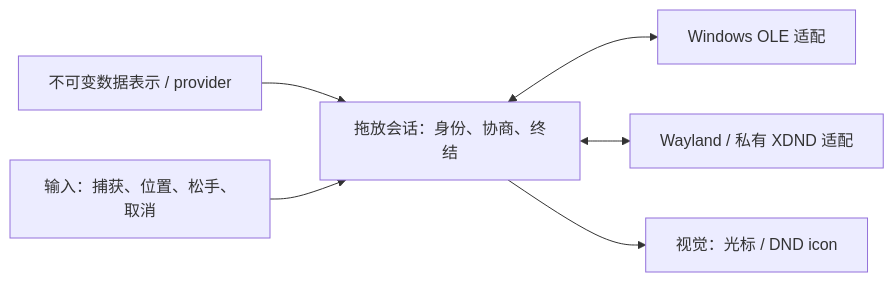
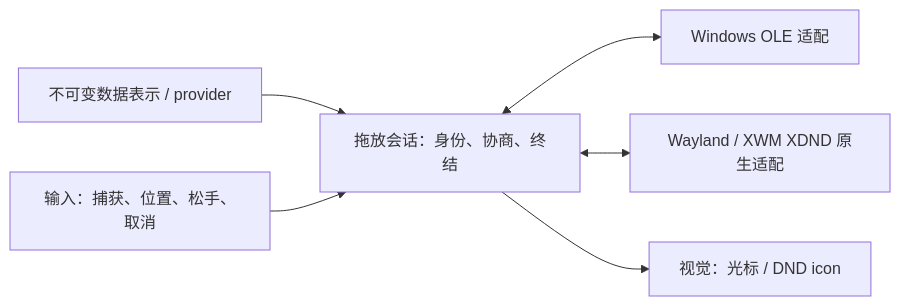
The diagram in docs/DRAG_AND_DROP.md (wanoful/waybridge), drawn with Mermaid before and after one commit. The commit also changed other lines of this file and 11 other files, not shown here.

````diff
--- a/docs/DRAG_AND_DROP.md
+++ b/docs/DRAG_AND_DROP.md
@@ -13,8 +13,8 @@
 ```mermaid
 flowchart LR
     P[不可变数据表示 / provider] --> S[拖放会话：身份、协商、终结]
     S <--> W[Windows OLE 适配]
-    S <--> L[Wayland / 私有 XDND 适配]
+    S <--> L[Wayland / XWM XDND 原生适配]
     I[输入：捕获、位置、松手、取消] --> S
     S --> V[视觉：光标 / DND icon]
 ```
````
